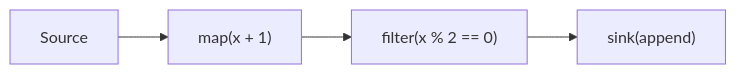
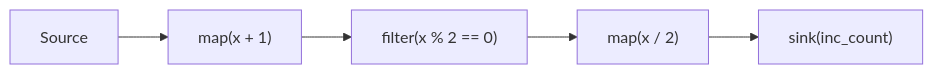
Before and after one commit to IsaacTay/akayu: the first of 9 diagrams in docs/benchmarks.md, drawn with Mermaid. The commit also changed other lines of this file and 19 other files, not shown here.

````diff
--- a/docs/benchmarks.md
+++ b/docs/benchmarks.md
@@ -77,6 +82,7 @@
 ```mermaid
 flowchart LR
     S[Source] --> M["map(x + 1)"]
     M --> F["filter(x % 2 == 0)"]
-    F --> K["sink(append)"]
+    F --> M2["map(x / 2)"]
+    M2 --> K["sink(inc_count)"]
 ```
````
